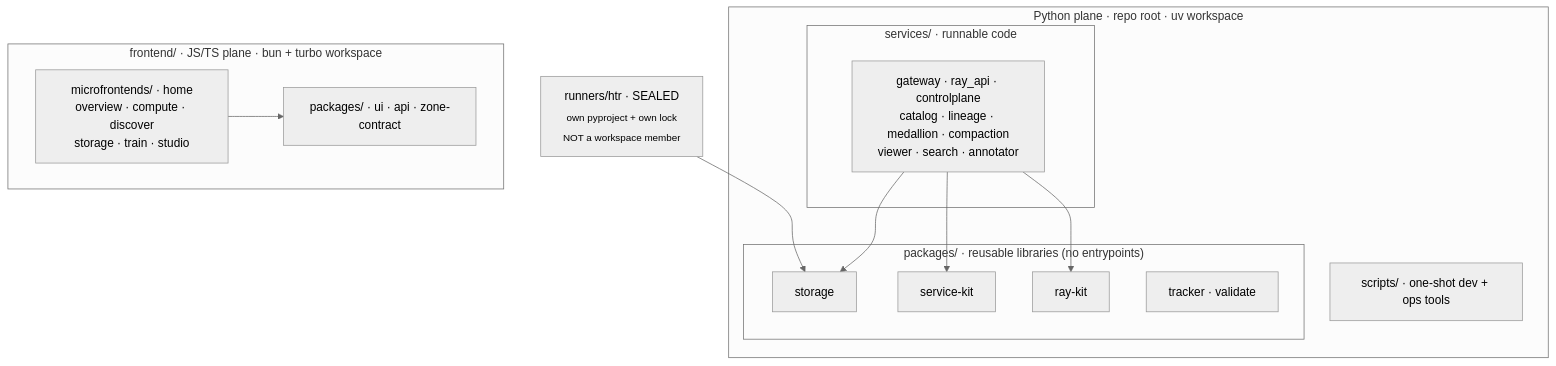
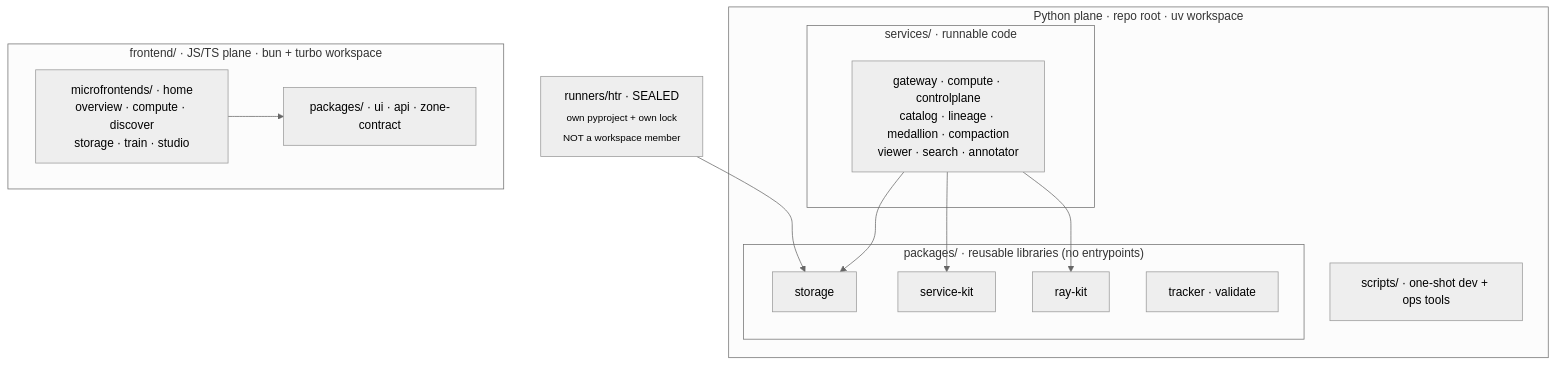
The diagram in docs/architecture/layout.md (AI-Riksarkivet/rask), drawn with Mermaid (neutral theme) before and after one commit. The commit also changed other lines of this file and 109 other files, not shown here.

````diff
--- a/docs/architecture/layout.md
+++ b/docs/architecture/layout.md
@@ -13,24 +13,24 @@
 ```mermaid
 flowchart TD
     subgraph py["Python plane · repo root · uv workspace"]
         subgraph services["services/ · runnable code"]
-            cs["gateway · ray_api · controlplane<br/>catalog · lineage · medallion · compaction<br/>viewer · search · annotator"]
+            cs["gateway · compute · controlplane<br/>catalog · lineage · medallion · compaction<br/>viewer · search · annotator"]
         end
         subgraph packages["packages/ · reusable libraries (no entrypoints)"]
             pst["storage"]
             psk["service-kit"]
             prk["ray-kit"]
             ptv["tracker · validate"]
         end
         cx["scripts/ · one-shot dev + ops tools"]
     end
     subgraph js["frontend/ · JS/TS plane · bun + turbo workspace"]
         mf["microfrontends/ · home<br/>overview · compute · discover<br/>storage · train · studio"]
         fpk["packages/ · ui · api · zone-contract"]
     end
     rn["runners/htr · SEALED<br/><sub>own pyproject + own lock<br/>NOT a workspace member</sub>"] --> pst
     cs --> psk
     cs --> prk
     cs --> pst
     mf --> fpk
 ```
````
